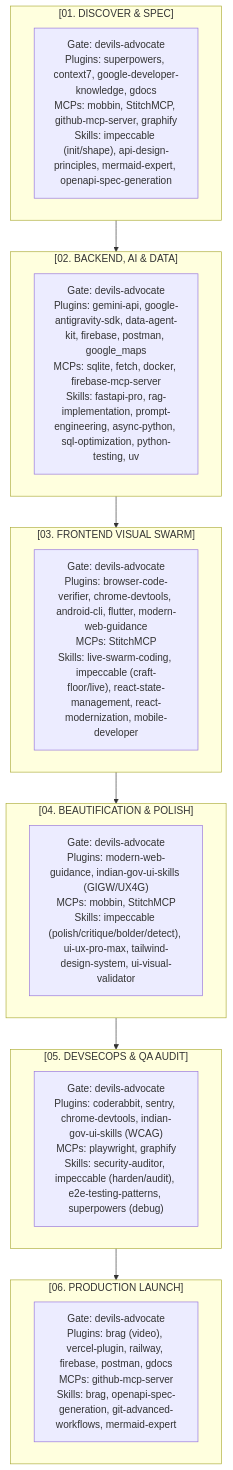
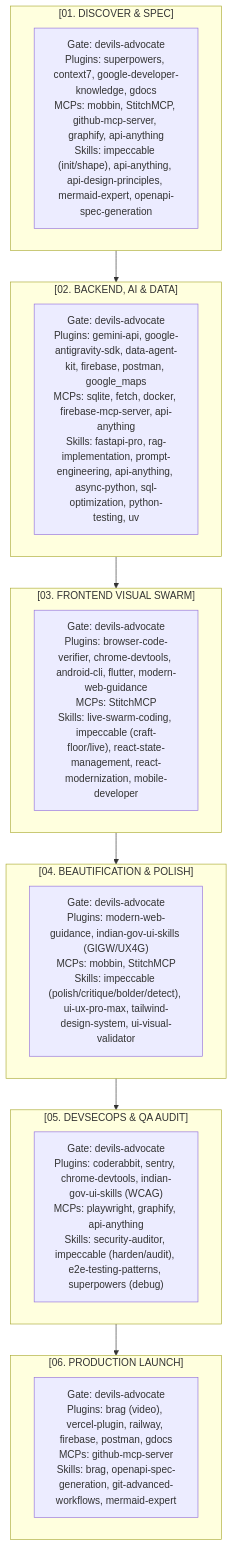
One commit to VihaanR/sprint-system changed the second of 2 diagrams in README.md. Above: the diagram before and after it, drawn with Mermaid. The commit also changed other lines of this file and 9 other files, not shown here.

Commit message:
feat: wire api-anything MCP server and skill across sprint pipeline

````diff
--- a/README.md
+++ b/README.md
@@ -120,28 +120,28 @@
 ```mermaid
 flowchart TD
     subgraph P1 ["[01. DISCOVER & SPEC]"]
-        t1["Gate: devils-advocate<br/>Plugins: superpowers, context7, google-developer-knowledge, gdocs<br/>MCPs: mobbin, StitchMCP, github-mcp-server, graphify<br/>Skills: impeccable (init/shape), api-design-principles, mermaid-expert, openapi-spec-generation"]
+        t1["Gate: devils-advocate<br/>Plugins: superpowers, context7, google-developer-knowledge, gdocs<br/>MCPs: mobbin, StitchMCP, github-mcp-server, graphify, api-anything<br/>Skills: impeccable (init/shape), api-anything, api-design-principles, mermaid-expert, openapi-spec-generation"]
     end
 
     subgraph P2 ["[02. BACKEND, AI & DATA]"]
-        t2["Gate: devils-advocate<br/>Plugins: gemini-api, google-antigravity-sdk, data-agent-kit, firebase, postman, google_maps<br/>MCPs: sqlite, fetch, docker, firebase-mcp-server<br/>Skills: fastapi-pro, rag-implementation, prompt-engineering, async-python, sql-optimization, python-testing, uv"]
+        t2["Gate: devils-advocate<br/>Plugins: gemini-api, google-antigravity-sdk, data-agent-kit, firebase, postman, google_maps<br/>MCPs: sqlite, fetch, docker, firebase-mcp-server, api-anything<br/>Skills: fastapi-pro, rag-implementation, prompt-engineering, api-anything, async-python, sql-optimization, python-testing, uv"]
     end
 
     subgraph P3 ["[03. FRONTEND VISUAL SWARM]"]
         t3["Gate: devils-advocate<br/>Plugins: browser-code-verifier, chrome-devtools, android-cli, flutter, modern-web-guidance<br/>MCPs: StitchMCP<br/>Skills: live-swarm-coding, impeccable (craft-floor/live), react-state-management, react-modernization, mobile-developer"]
     end
 
     subgraph P4 ["[04. BEAUTIFICATION & POLISH]"]
         t4["Gate: devils-advocate<br/>Plugins: modern-web-guidance, indian-gov-ui-skills (GIGW/UX4G)<br/>MCPs: mobbin, StitchMCP<br/>Skills: impeccable (polish/critique/bolder/detect), ui-ux-pro-max, tailwind-design-system, ui-visual-validator"]
     end
 
     subgraph P5 ["[05. DEVSECOPS & QA AUDIT]"]
-        t5["Gate: devils-advocate<br/>Plugins: coderabbit, sentry, chrome-devtools, indian-gov-ui-skills (WCAG)<br/>MCPs: playwright, graphify<br/>Skills: security-auditor, impeccable (harden/audit), e2e-testing-patterns, superpowers (debug)"]
+        t5["Gate: devils-advocate<br/>Plugins: coderabbit, sentry, chrome-devtools, indian-gov-ui-skills (WCAG)<br/>MCPs: playwright, graphify, api-anything<br/>Skills: security-auditor, impeccable (harden/audit), e2e-testing-patterns, superpowers (debug)"]
     end
 
     subgraph P6 ["[06. PRODUCTION LAUNCH]"]
         t6["Gate: devils-advocate<br/>Plugins: brag (video), vercel-plugin, railway, firebase, postman, gdocs<br/>MCPs: github-mcp-server<br/>Skills: brag, openapi-spec-generation, git-advanced-workflows, mermaid-expert"]
     end
 
     P1 --> P2 --> P3 --> P4 --> P5 --> P6
 ```
````
